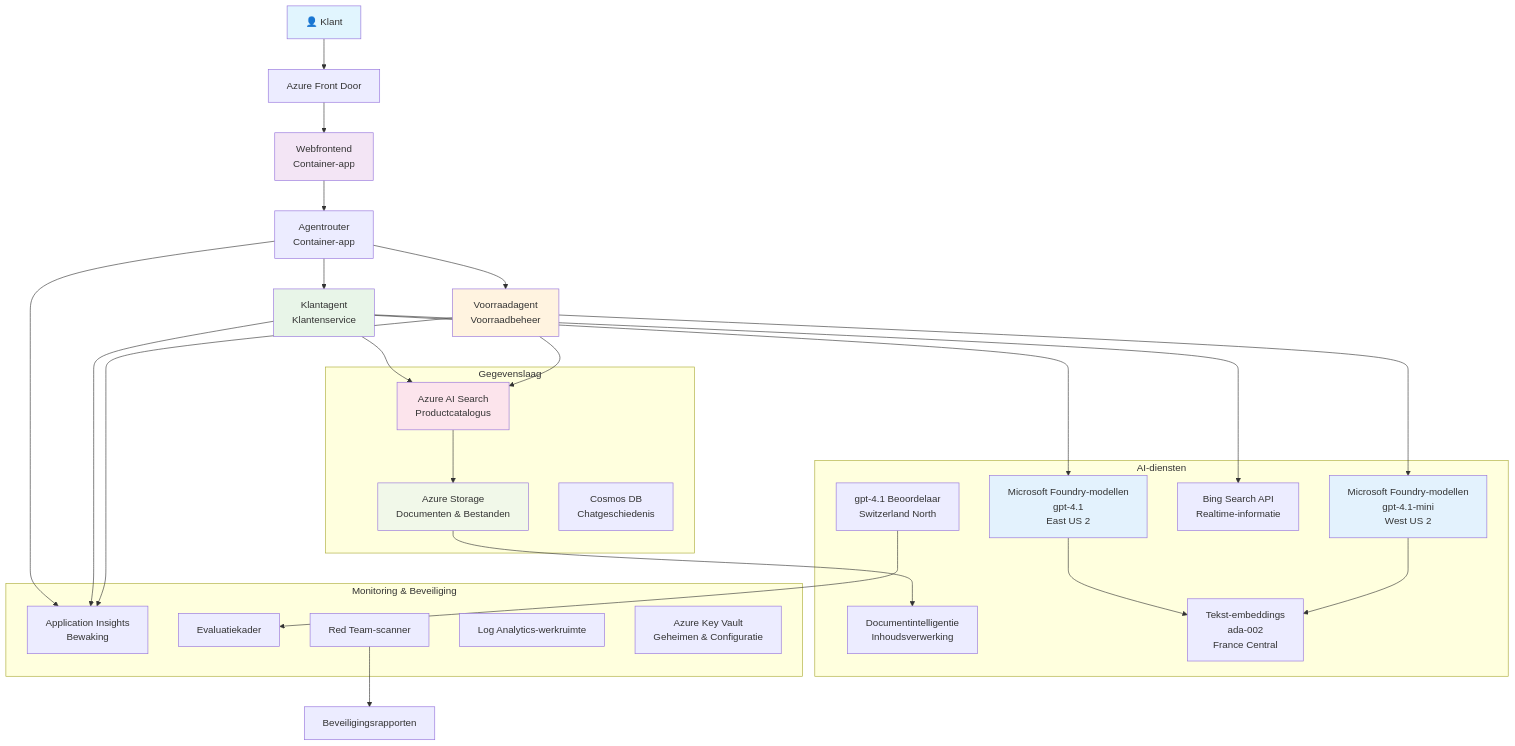
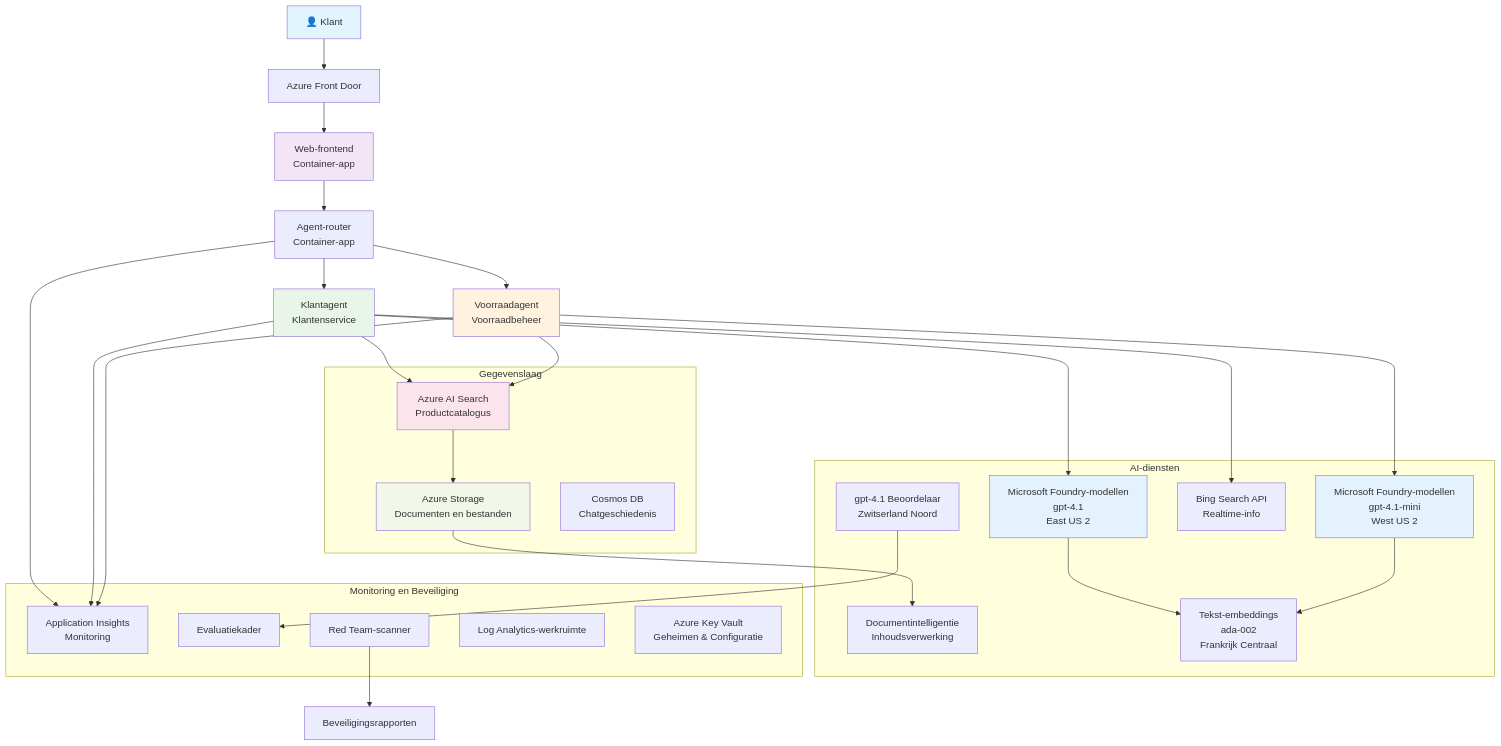
Before and after one commit to microsoft/AZD-for-beginners: the diagram in translations/nl/examples/retail-scenario.md, drawn with Mermaid. The commit also changed other lines of this file and 104 other files, not shown here.

````diff
--- a/translations/nl/examples/retail-scenario.md
+++ b/translations/nl/examples/retail-scenario.md
@@ -139,61 +139,61 @@
 ```mermaid
 graph TB
     User[👤 Klant] --> LB[Azure Front Door]
-    LB --> WebApp[Webfrontend<br/>Container-app]
+    LB --> WebApp[Web-frontend<br/>Container-app]
     
-    WebApp --> Router[Agentrouter<br/>Container-app]
+    WebApp --> Router[Agent-router<br/>Container-app]
     Router --> CustomerAgent[Klantagent<br/>Klantenservice]
     Router --> InvAgent[Voorraadagent<br/>Voorraadbeheer]
     
     CustomerAgent --> OpenAI1[Microsoft Foundry-modellen<br/>gpt-4.1<br/>East US 2]
     InvAgent --> OpenAI2[Microsoft Foundry-modellen<br/>gpt-4.1-mini<br/>West US 2]
     
     CustomerAgent --> AISearch[Azure AI Search<br/>Productcatalogus]
-    CustomerAgent --> BingSearch[Bing Search API<br/>Realtime-informatie]
+    CustomerAgent --> BingSearch[Bing Search API<br/>Realtime-info]
     InvAgent --> AISearch
     
-    AISearch --> Storage[Azure Storage<br/>Documenten & Bestanden]
+    AISearch --> Storage[Azure Storage<br/>Documenten en bestanden]
     Storage --> DocIntel[Documentintelligentie<br/>Inhoudsverwerking]
     
-    OpenAI1 --> Embeddings[Tekst-embeddings<br/>ada-002<br/>France Central]
+    OpenAI1 --> Embeddings[Tekst-embeddings<br/>ada-002<br/>Frankrijk Centraal]
     OpenAI2 --> Embeddings
     
-    Router --> AppInsights[Application Insights<br/>Bewaking]
+    Router --> AppInsights[Application Insights<br/>Monitoring]
     CustomerAgent --> AppInsights
     InvAgent --> AppInsights
     
-    GraderModel[gpt-4.1 Beoordelaar<br/>Switzerland North] --> Evaluation[Evaluatiekader]
+    GraderModel[gpt-4.1 Beoordelaar<br/>Zwitserland Noord] --> Evaluation[Evaluatiekader]
     RedTeam[Red Team-scanner] --> SecurityReports[Beveiligingsrapporten]
     
     subgraph "Gegevenslaag"
         Storage
         AISearch
         CosmosDB[Cosmos DB<br/>Chatgeschiedenis]
     end
     
     subgraph "AI-diensten"
         OpenAI1
         OpenAI2
         Embeddings
         GraderModel
         DocIntel
         BingSearch
     end
     
-    subgraph "Monitoring & Beveiliging"
+    subgraph "Monitoring en Beveiliging"
         AppInsights
         LogAnalytics[Log Analytics-werkruimte]
         KeyVault[Azure Key Vault<br/>Geheimen & Configuratie]
         RedTeam
         Evaluation
     end
     
     style User fill:#e1f5fe
     style WebApp fill:#f3e5f5
     style CustomerAgent fill:#e8f5e8
     style InvAgent fill:#fff3e0
     style OpenAI1 fill:#e3f2fd
     style OpenAI2 fill:#e3f2fd
     style AISearch fill:#fce4ec
     style Storage fill:#f1f8e9
 ```
````
